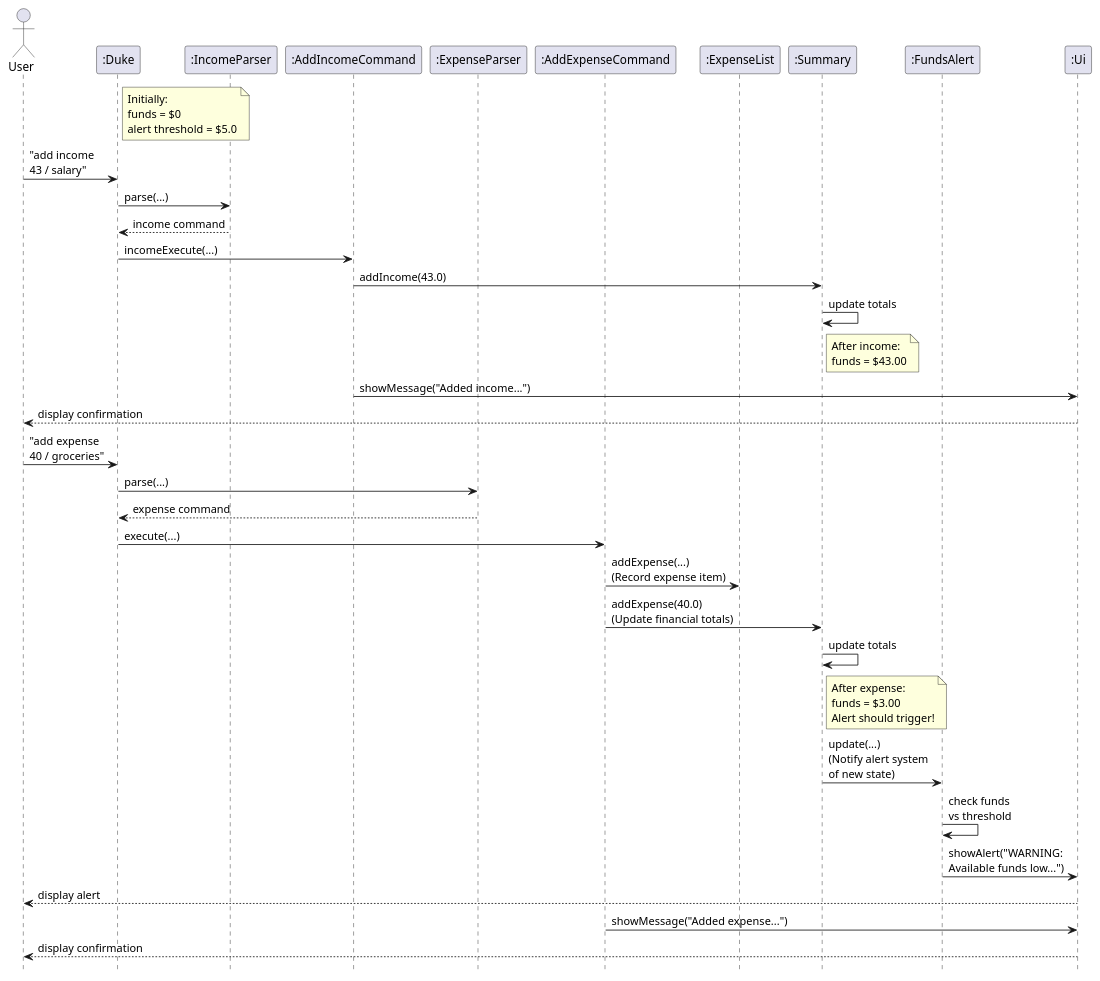
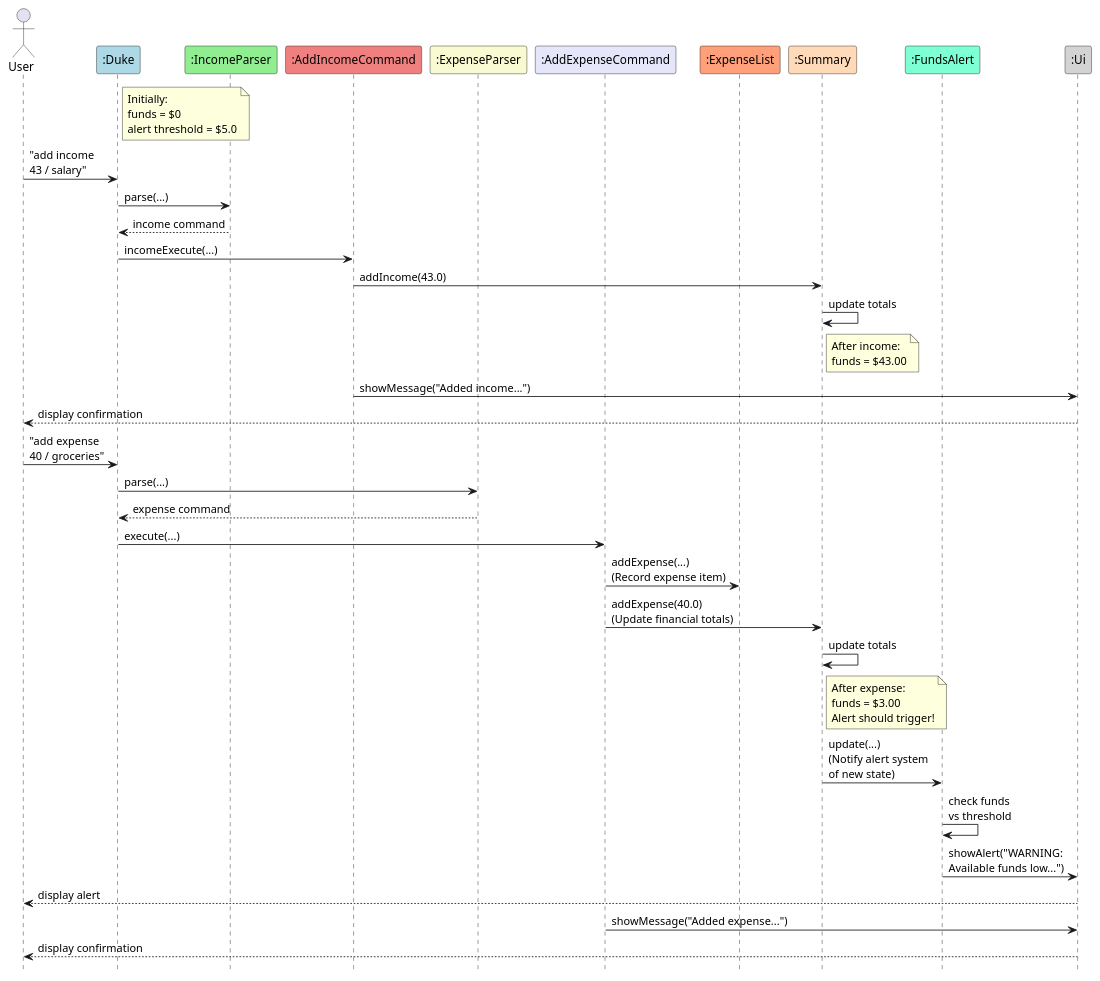
One commit to xiaojielei/tp changed the diagram in docs/puml/TriggerAlert.puml. Above: the diagram before and after it, drawn with PlantUML. The commit also changed 3 other files, not shown here.

Commit message:
Updated Sequence Diagrams for Set and Trigger Alert

```diff
--- a/docs/puml/TriggerAlert.puml
+++ b/docs/puml/TriggerAlert.puml
@@ -1,54 +1,54 @@
 @startuml
 hide footbox
 
 actor User
-participant ":Duke" as Duke
-participant ":IncomeParser" as IncomeParser
-participant ":AddIncomeCommand" as AddIncomeCommand
-participant ":ExpenseParser" as ExpenseParser
-participant ":AddExpenseCommand" as AddExpenseCommand
-participant ":ExpenseList" as ExpenseList
-participant ":Summary" as Summary
-participant ":FundsAlert" as FundsAlert
-participant ":Ui" as Ui
+participant ":Duke" as Duke #LightBlue
+participant ":IncomeParser" as IncomeParser #LightGreen
+participant ":AddIncomeCommand" as AddIncomeCommand #LightCoral
+participant ":ExpenseParser" as ExpenseParser #LightGoldenRodYellow
+participant ":AddExpenseCommand" as AddExpenseCommand #Lavender
+participant ":ExpenseList" as ExpenseList #LightSalmon
+participant ":Summary" as Summary #PeachPuff
+participant ":FundsAlert" as FundsAlert #Aquamarine
+participant ":Ui" as Ui #LightGray
 
 note right of Duke
   Initially:
   funds = $0
   alert threshold = $5.0
 end note
 
 User -> Duke: "add income \n43 / salary"
 Duke -> IncomeParser: parse(...)
 IncomeParser --> Duke: income command
 Duke -> AddIncomeCommand: incomeExecute(...)
 AddIncomeCommand -> Summary: addIncome(43.0)
 Summary -> Summary: update totals
 note right of Summary
   After income:
   funds = $43.00
 end note
 AddIncomeCommand -> Ui: showMessage("Added income...")
 Ui --> User: display confirmation
 
 User -> Duke: "add expense \n40 / groceries"
 Duke -> ExpenseParser: parse(...)
 ExpenseParser --> Duke: expense command
 Duke -> AddExpenseCommand: execute(...)
 
 AddExpenseCommand -> ExpenseList: addExpense(...)\n(Record expense item)
 AddExpenseCommand -> Summary: addExpense(40.0)\n(Update financial totals)
 Summary -> Summary: update totals
 note right of Summary
   After expense:
   funds = $3.00
   Alert should trigger!
 end note
 Summary -> FundsAlert: update(...)\n(Notify alert system\nof new state)
 FundsAlert -> FundsAlert: check funds\nvs threshold
 FundsAlert -> Ui: showAlert("WARNING:\nAvailable funds low...")
 Ui --> User: display alert
 AddExpenseCommand -> Ui: showMessage("Added expense...")
 Ui --> User: display confirmation
 
 @enduml
```
